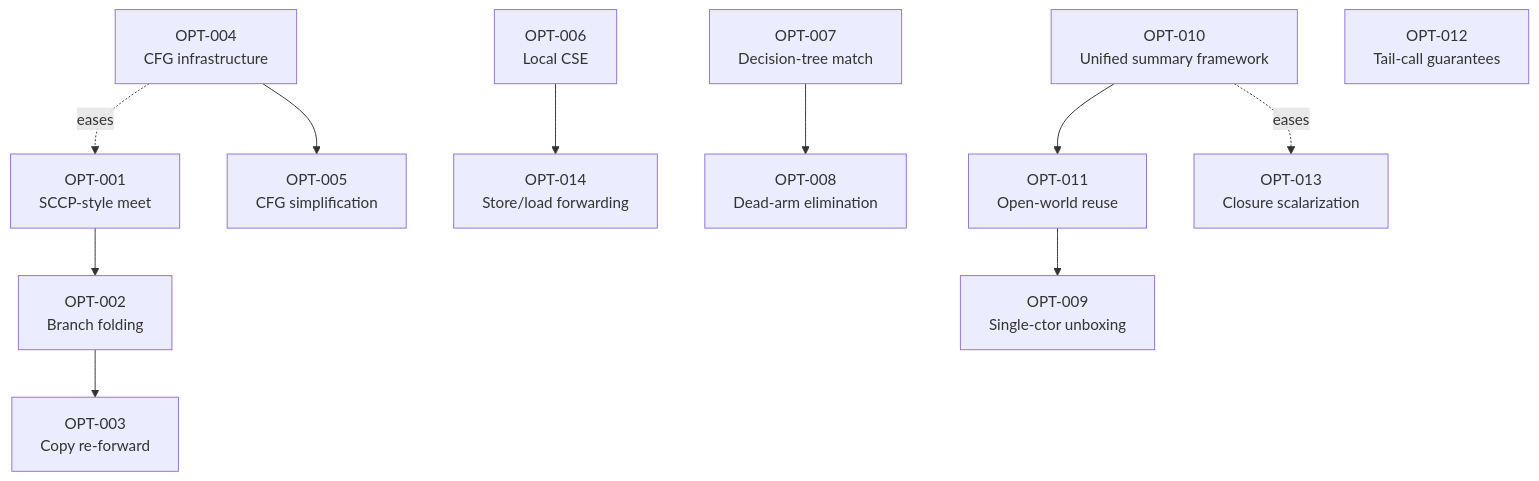
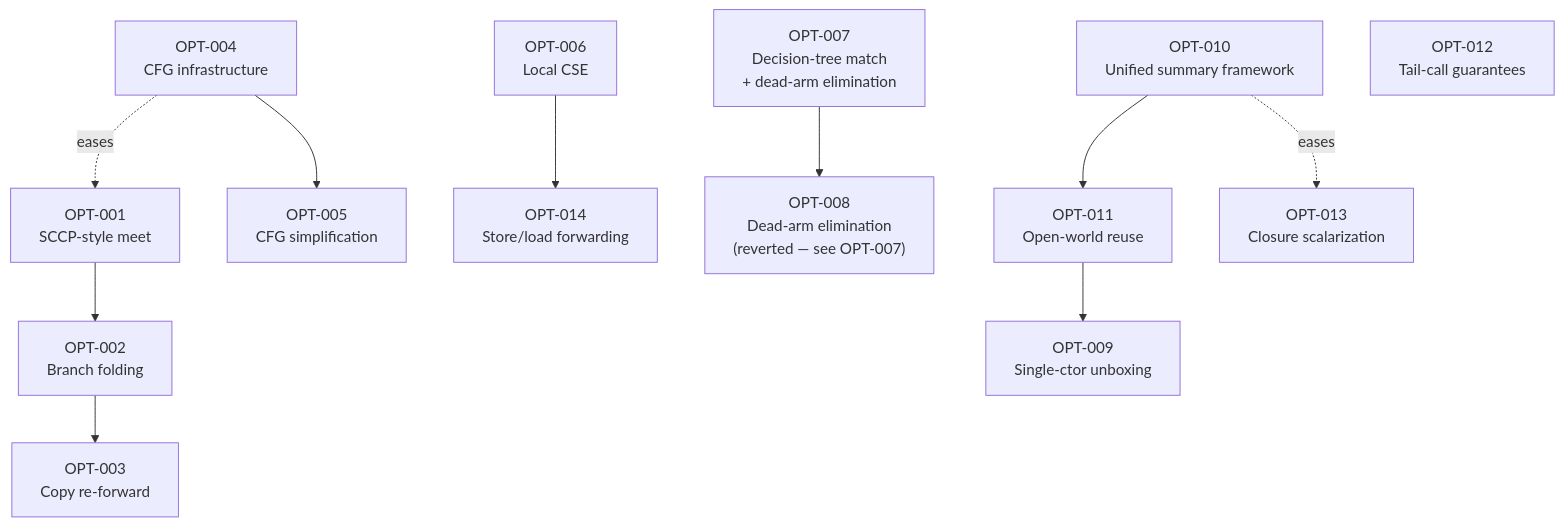
Before and after one commit to MattiasHognas/Ashes: the second of 2 diagrams in docs/md/future/OPTIMIZER_IMPROVEMENTS.md, drawn with Mermaid. The commit also changed other lines of this file, not shown here.

First line of the commit message:
docs: fold OPT-008 dead-arm elimination into OPT-007's required scope

````diff
--- a/docs/md/future/OPTIMIZER_IMPROVEMENTS.md
+++ b/docs/md/future/OPTIMIZER_IMPROVEMENTS.md
@@ -1491,28 +1540,28 @@
 ```mermaid
 graph TD
     OPT001["OPT-001<br/>SCCP-style meet"]
     OPT002["OPT-002<br/>Branch folding"]
     OPT003["OPT-003<br/>Copy re-forward"]
     OPT004["OPT-004<br/>CFG infrastructure"]
     OPT005["OPT-005<br/>CFG simplification"]
     OPT006["OPT-006<br/>Local CSE"]
     OPT014["OPT-014<br/>Store/load forwarding"]
-    OPT007["OPT-007<br/>Decision-tree match"]
-    OPT008["OPT-008<br/>Dead-arm elimination"]
+    OPT007["OPT-007<br/>Decision-tree match<br/>+ dead-arm elimination"]
+    OPT008["OPT-008<br/>Dead-arm elimination<br/>(reverted — see OPT-007)"]
     OPT009["OPT-009<br/>Single-ctor unboxing"]
     OPT010["OPT-010<br/>Unified summary framework"]
     OPT011["OPT-011<br/>Open-world reuse"]
     OPT012["OPT-012<br/>Tail-call guarantees"]
     OPT013["OPT-013<br/>Closure scalarization"]
 
     OPT001 --> OPT002
     OPT002 --> OPT003
     OPT004 -.eases.-> OPT001
     OPT004 --> OPT005
     OPT006 --> OPT014
     OPT007 --> OPT008
     OPT010 --> OPT011
     OPT011 --> OPT009
     OPT010 -.eases.-> OPT013
     OPT012
 ```
````
